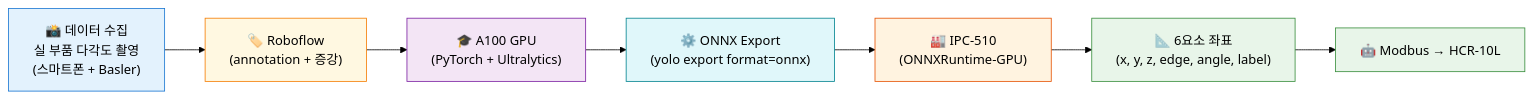
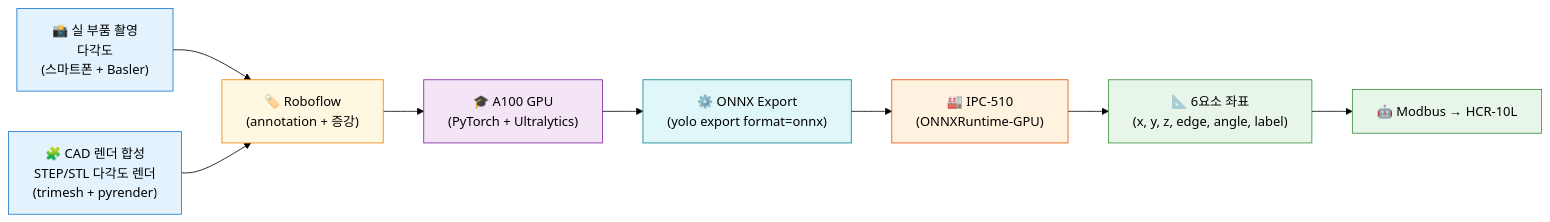
The first of 3 diagrams in README.md (m2222n/3D_printer_automation), drawn with Mermaid (forest theme) before and after one commit. The commit also changed other lines of this file, not shown here.

Commit message:
docs(readme): 빈피킹 트랙2에 CAD 렌더 합성 데이터셋 반영
- 듀얼 트랙 표 데이터 행 + 트랙2 기능 설명에 CAD 다각도 렌더 합성 추가
- 학습 파이프라인 mermaid에 합성 데이터 소스(trimesh+pyrender) 노드 추가
- 기술 스택 트랙2에 pyrender 추가
- Last updated 2026-06-04

````diff
--- a/README.md
+++ b/README.md
@@ -90,26 +90,29 @@
 ```mermaid
 flowchart LR
-    Capture["📸 데이터 수집<br/>실 부품 다각도 촬영<br/>(스마트폰 + Basler)"]
+    Capture["📸 실 부품 촬영<br/>다각도<br/>(스마트폰 + Basler)"]
+    Synth["🧩 CAD 렌더 합성<br/>STEP/STL 다각도 렌더<br/>(trimesh + pyrender)"]
     Roboflow["🏷️ Roboflow<br/>(annotation + 증강)"]
     Train["🎓 A100 GPU<br/>(PyTorch + Ultralytics)"]
     ONNX["⚙️ ONNX Export<br/>(yolo export format=onnx)"]
     Deploy["🏭 IPC-510<br/>(ONNXRuntime-GPU)"]
     Coord["📐 6요소 좌표<br/>(x, y, z, edge, angle, label)"]
     Modbus["🤖 Modbus → HCR-10L"]
 
-    Capture --> Roboflow --> Train --> ONNX --> Deploy --> Coord --> Modbus
+    Capture --> Roboflow
+    Synth --> Roboflow
+    Roboflow --> Train --> ONNX --> Deploy --> Coord --> Modbus
 
     classDef capture fill:#e3f2fd,stroke:#1976d2,color:#000
     classDef label fill:#fff8e1,stroke:#f57c00,color:#000
     classDef train fill:#f3e5f5,stroke:#7b1fa2,color:#000
     classDef export fill:#e0f7fa,stroke:#00838f,color:#000
     classDef deploy fill:#fff3e0,stroke:#e65100,color:#000
     classDef output fill:#e8f5e9,stroke:#388e3c,color:#000
 
-    class Capture capture
+    class Capture,Synth capture
     class Roboflow label
     class Train train
     class ONNX export
     class Deploy deploy
     class Coord,Modbus output
 ```
````
